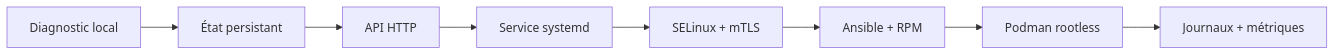
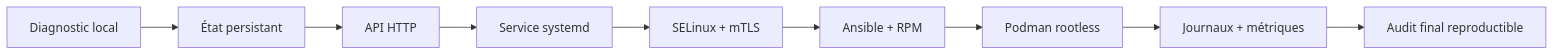
The first of 2 diagrams in sentinel/docs/index.md (tdelaclos/formations), drawn with Mermaid before and after one commit. The commit also changed other lines of this file, not shown here.

````diff
--- a/sentinel/docs/index.md
+++ b/sentinel/docs/index.md
@@ -44,10 +46,11 @@
 ```mermaid
 flowchart LR
     Local["Diagnostic local"] --> State["État persistant"]
     State --> HTTP["API HTTP"]
     HTTP --> Service["Service systemd"]
     Service --> Trust["SELinux + mTLS"]
     Trust --> Delivery["Ansible + RPM"]
     Delivery --> Runtime["Podman rootless"]
     Runtime --> Observe["Journaux + métriques"]
+    Observe --> Final["Audit final reproductible"]
 ```
````
